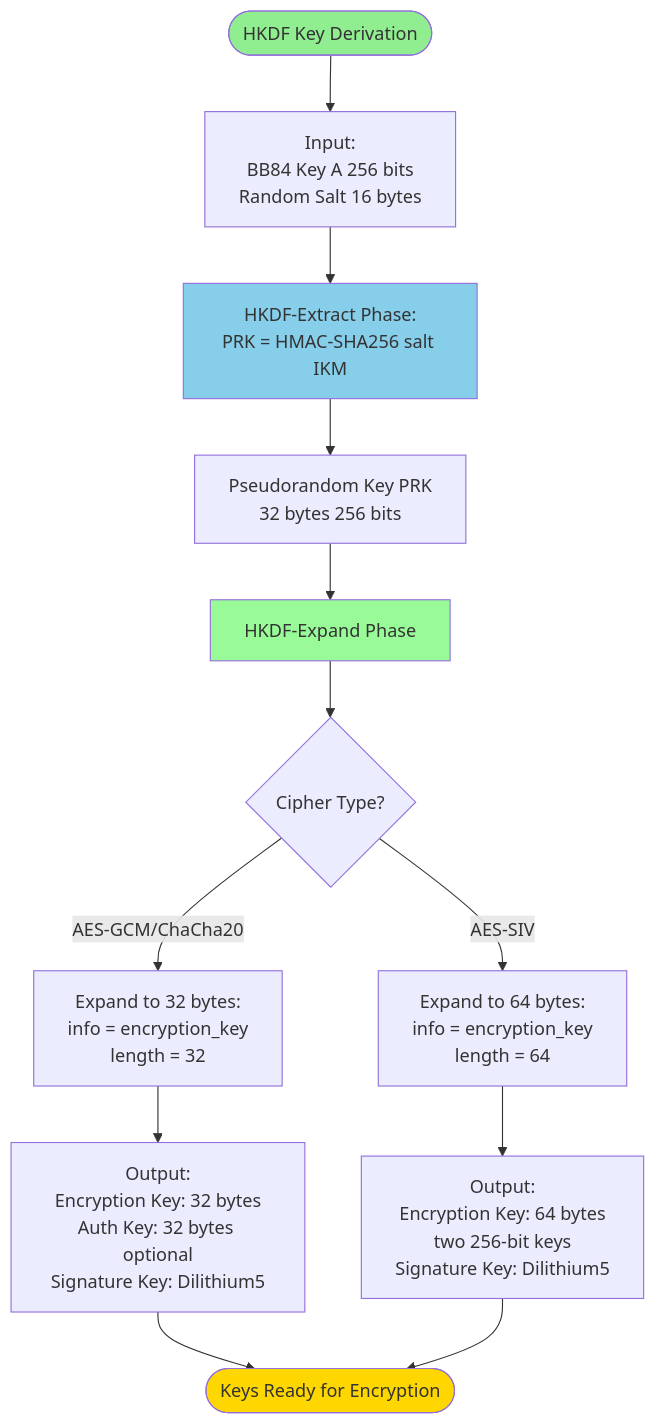
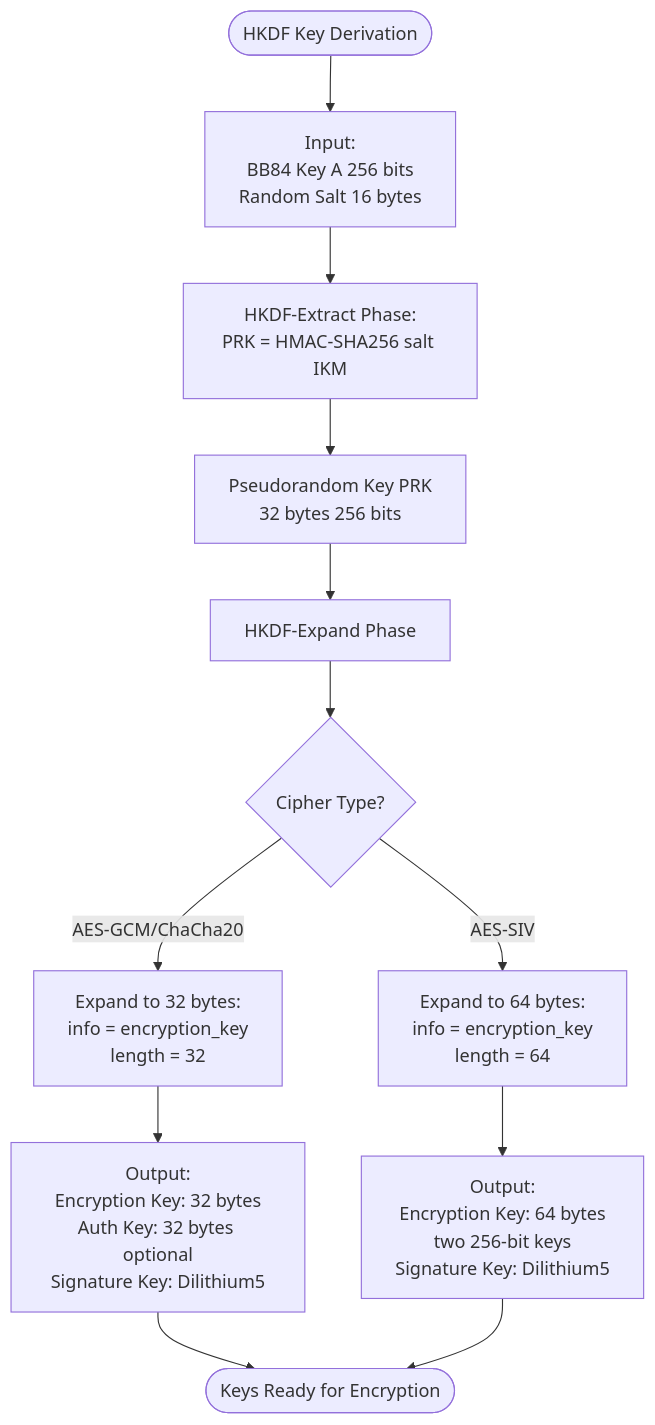
Before and after one commit to amnaahmed567/bb84-hybrid-encryption: the fifth of 5 diagrams in ACTIVITY_DIAGRAM.md, drawn with Mermaid. The commit also changed other lines of this file, not shown here.

````diff
--- a/ACTIVITY_DIAGRAM.md
+++ b/ACTIVITY_DIAGRAM.md
@@ -363,25 +134,20 @@
 ```mermaid
 flowchart TD
     Start([HKDF Key Derivation]) --> Input[Input:<br/>BB84 Key A 256 bits<br/>Random Salt 16 bytes]
     
     Input --> Extract[HKDF-Extract Phase:<br/>PRK = HMAC-SHA256 salt IKM]
     Extract --> PRK[Pseudorandom Key PRK<br/>32 bytes 256 bits]
     
     PRK --> Expand[HKDF-Expand Phase]
     Expand --> Branch{Cipher Type?}
     
     Branch -->|AES-GCM/ChaCha20| Expand32[Expand to 32 bytes:<br/>info = encryption_key<br/>length = 32]
     Branch -->|AES-SIV| Expand64[Expand to 64 bytes:<br/>info = encryption_key<br/>length = 64]
     
     Expand32 --> Keys32[Output:<br/>Encryption Key: 32 bytes<br/>Auth Key: 32 bytes optional<br/>Signature Key: Dilithium5]
     
     Expand64 --> Keys64[Output:<br/>Encryption Key: 64 bytes<br/>two 256-bit keys<br/>Signature Key: Dilithium5]
     
     Keys32 --> End([Keys Ready for Encryption])
     Keys64 --> End
-    
-    style Start fill:#90EE90
-    style End fill:#FFD700
-    style Extract fill:#87CEEB
-    style Expand fill:#98FB98
 ```
````
